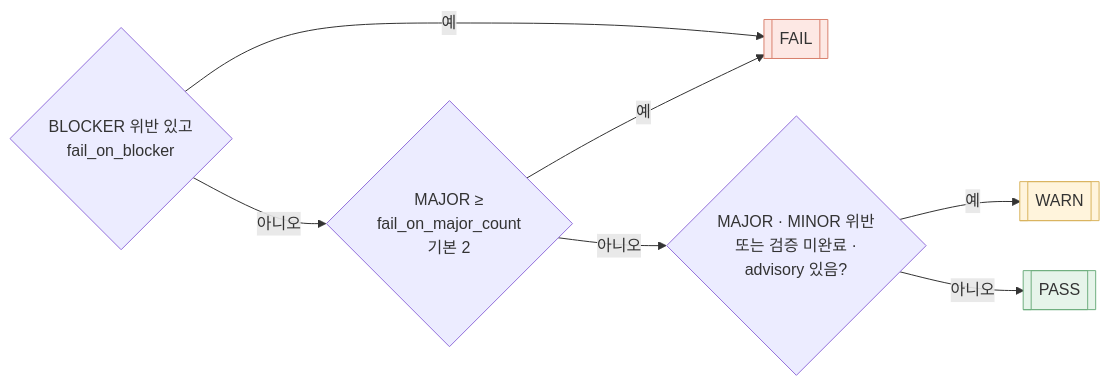
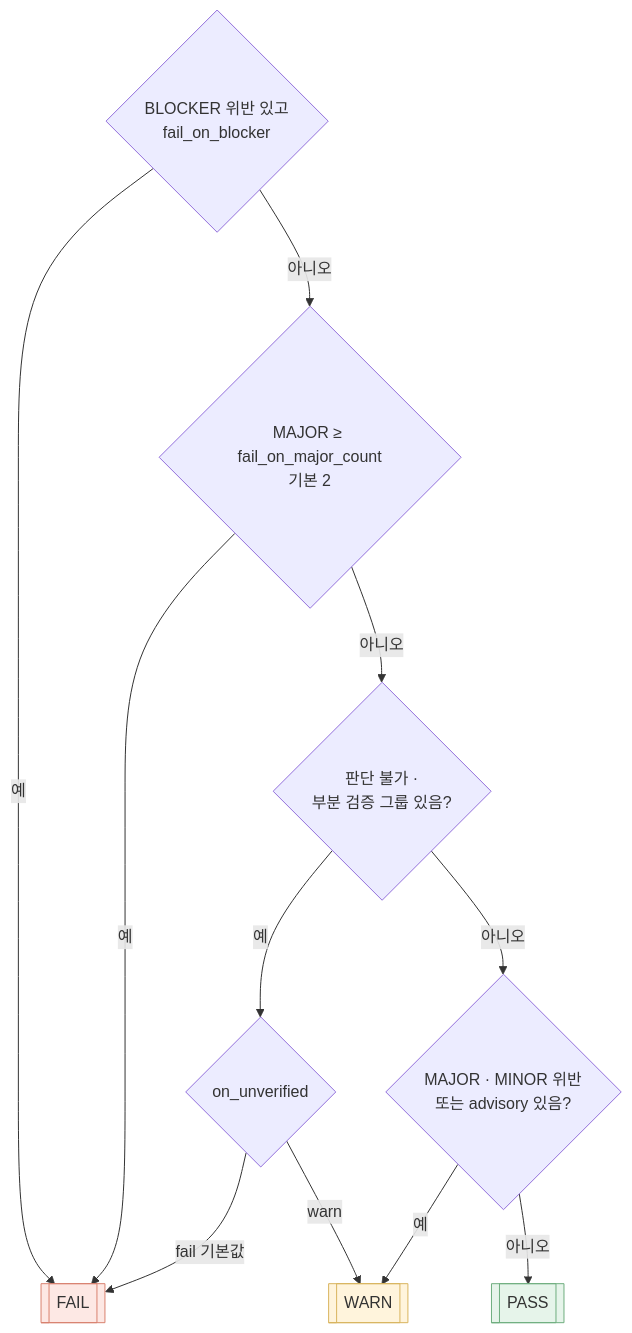
One commit to cres17/pr-convention-checker changed the third of 4 diagrams in README.md. Above: the diagram before and after it, drawn with Mermaid. The commit also changed other lines of this file, not shown here.

Commit message:
docs: 판정 흐름도에 on_unverified 기본값 반영

````diff
--- a/README.md
+++ b/README.md
@@ -125,15 +125,19 @@
 ```mermaid
-flowchart LR
+flowchart TD
   B{BLOCKER 위반 있고<br/>fail_on_blocker} -- 예 --> FAIL[[FAIL]]
-  B -- 아니오 --> M{MAJOR ≥<br/>fail_on_major_count<br/>기본 2}
+  B -- 아니오 --> M{MAJOR ≥ fail_on_major_count<br/>기본 2}
   M -- 예 --> FAIL
-  M -- 아니오 --> W{MAJOR · MINOR 위반<br/>또는 검증 미완료 ·<br/>advisory 있음?}
-  W -- 예 --> WARN[[WARN]]
+  M -- 아니오 --> U{판단 불가 ·<br/>부분 검증 그룹 있음?}
+  U -- 예 --> OU{on_unverified}
+  OU -- fail 기본값 --> FAIL
+  OU -- warn --> WARN[[WARN]]
+  U -- 아니오 --> W{MAJOR · MINOR 위반<br/>또는 advisory 있음?}
+  W -- 예 --> WARN
   W -- 아니오 --> PASS[[PASS]]
   classDef f fill:#fde8e4,stroke:#d9826f
   classDef w fill:#fff4dc,stroke:#d9b45f
   classDef p fill:#e6f4ea,stroke:#6fae7f
   class FAIL f
   class WARN w
   class PASS p
 ```
````
